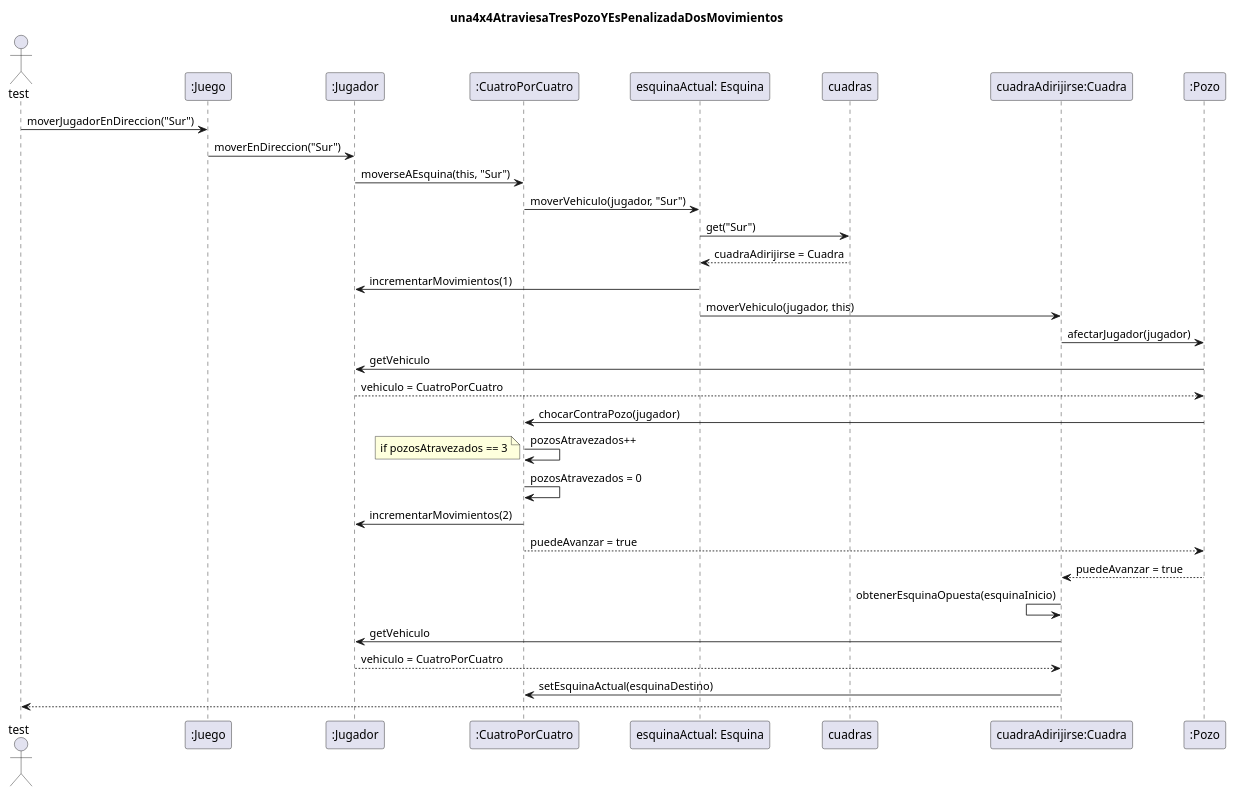
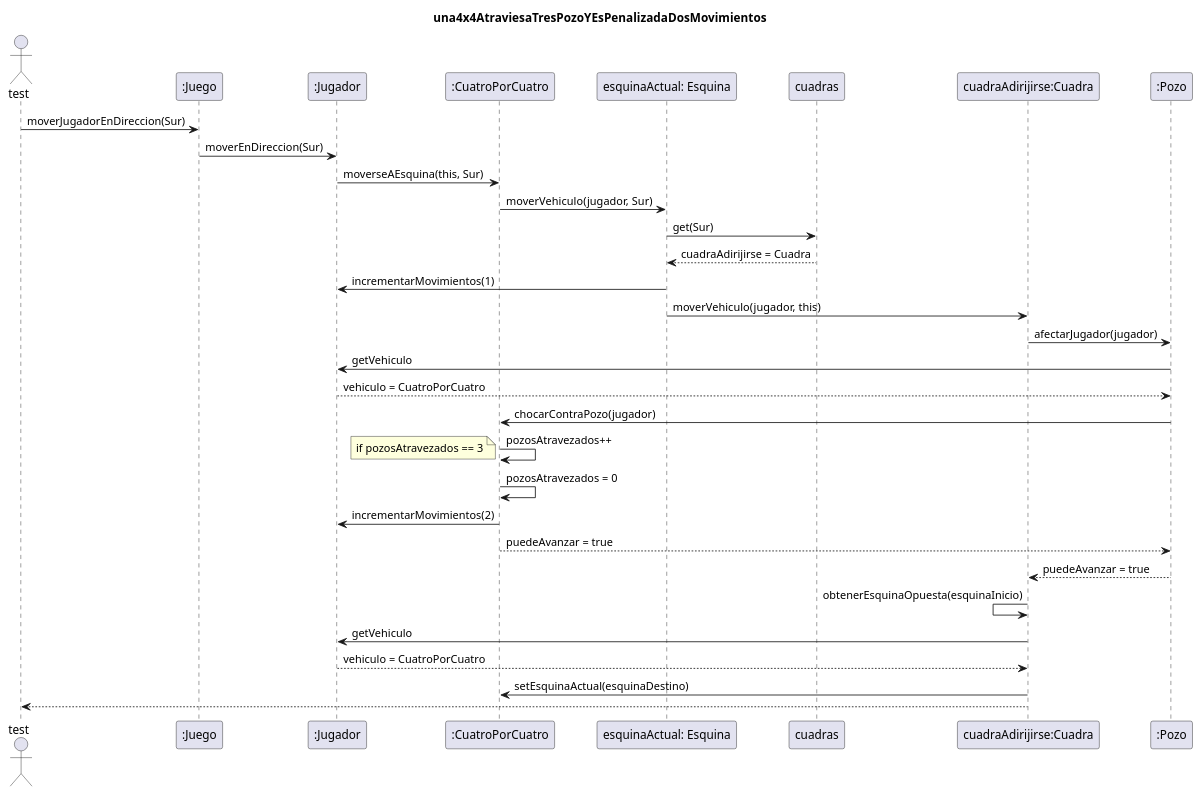
Before and after one commit to TP2Algo3FIUBA/tp2: the diagram in diagrams/sequences/entrega01/CasoDeUso04.plantuml, drawn with PlantUML. The commit also changed 10 other files, not shown here.

```diff
--- a/diagrams/sequences/entrega01/CasoDeUso04.plantuml
+++ b/diagrams/sequences/entrega01/CasoDeUso04.plantuml
@@ -1,29 +1,29 @@
 @startuml
 title: una4x4AtraviesaTresPozoYEsPenalizadaDosMovimientos
 Actor test
-test -> ":Juego" : moverJugadorEnDireccion("Sur")
-":Juego" -> ":Jugador" : moverEnDireccion("Sur")
-":Jugador" -> ":CuatroPorCuatro" : moverseAEsquina(this, "Sur")
-":CuatroPorCuatro" -> "esquinaActual: Esquina" : moverVehiculo(jugador, "Sur")
-"esquinaActual: Esquina" -> cuadras : get("Sur")
+test -> ":Juego" : moverJugadorEnDireccion(Sur)
+":Juego" -> ":Jugador" : moverEnDireccion(Sur)
+":Jugador" -> ":CuatroPorCuatro" : moverseAEsquina(this, Sur)
+":CuatroPorCuatro" -> "esquinaActual: Esquina" : moverVehiculo(jugador, Sur)
+"esquinaActual: Esquina" -> cuadras : get(Sur)
 "esquinaActual: Esquina" <-- cuadras : cuadraAdirijirse = Cuadra
 "esquinaActual: Esquina" -> ":Jugador" : incrementarMovimientos(1)
 "esquinaActual: Esquina" -> "cuadraAdirijirse:Cuadra" : moverVehiculo(jugador, this)
 "cuadraAdirijirse:Cuadra" -> ":Pozo" : afectarJugador(jugador)
 ":Pozo" -> ":Jugador": getVehiculo
 ":Pozo" <-- ":Jugador" : vehiculo = CuatroPorCuatro
 ":Pozo" -> ":CuatroPorCuatro" : chocarContraPozo(jugador)
 ":CuatroPorCuatro" -> ":CuatroPorCuatro" : pozosAtravezados++
 note left
 if pozosAtravezados == 3
 end note
 ":CuatroPorCuatro" -> ":CuatroPorCuatro" : pozosAtravezados = 0
 ":Jugador" <- ":CuatroPorCuatro" : incrementarMovimientos(2)
 ":Pozo" <-- ":CuatroPorCuatro" : puedeAvanzar = true
 "cuadraAdirijirse:Cuadra" <-- ":Pozo" : puedeAvanzar = true
 "cuadraAdirijirse:Cuadra" <- "cuadraAdirijirse:Cuadra" : obtenerEsquinaOpuesta(esquinaInicio)
 "cuadraAdirijirse:Cuadra" -> ":Jugador" : getVehiculo
 "cuadraAdirijirse:Cuadra" <-- ":Jugador" : vehiculo = CuatroPorCuatro
 "cuadraAdirijirse:Cuadra" -> ":CuatroPorCuatro" : setEsquinaActual(esquinaDestino)
 test <-- "cuadraAdirijirse:Cuadra"
 @enduml
```
